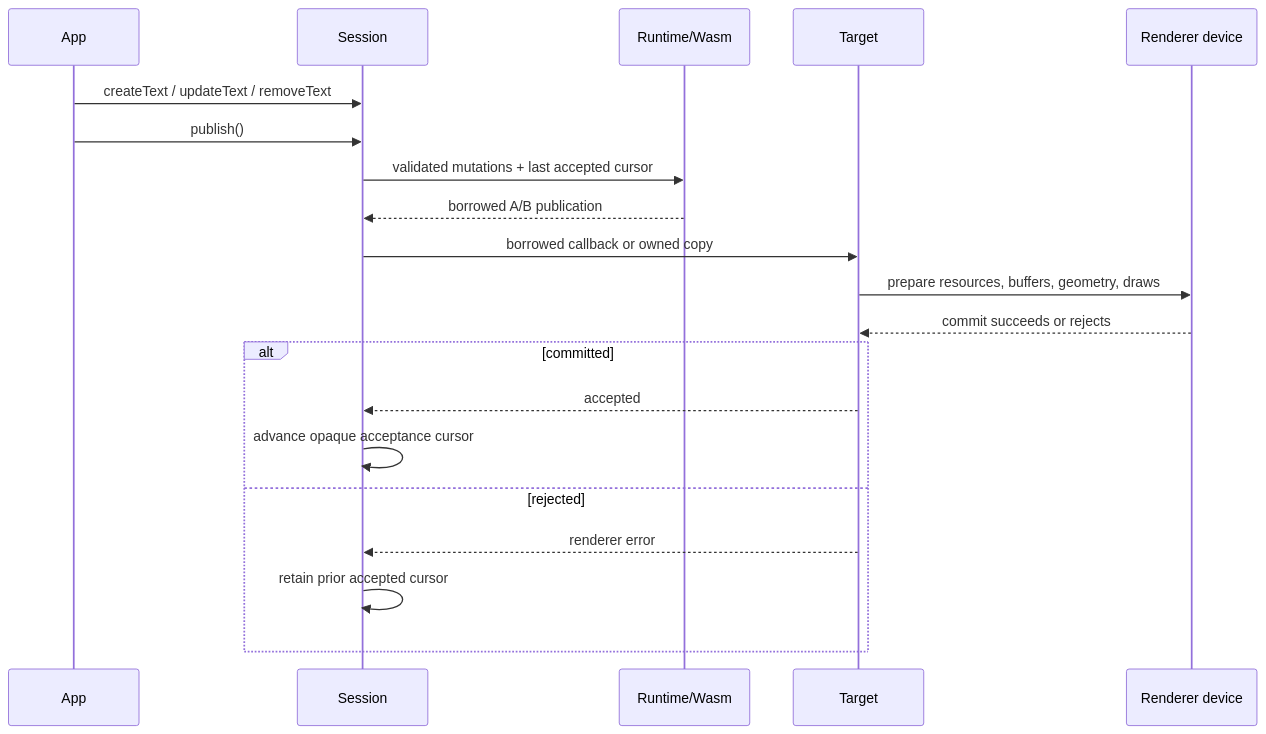
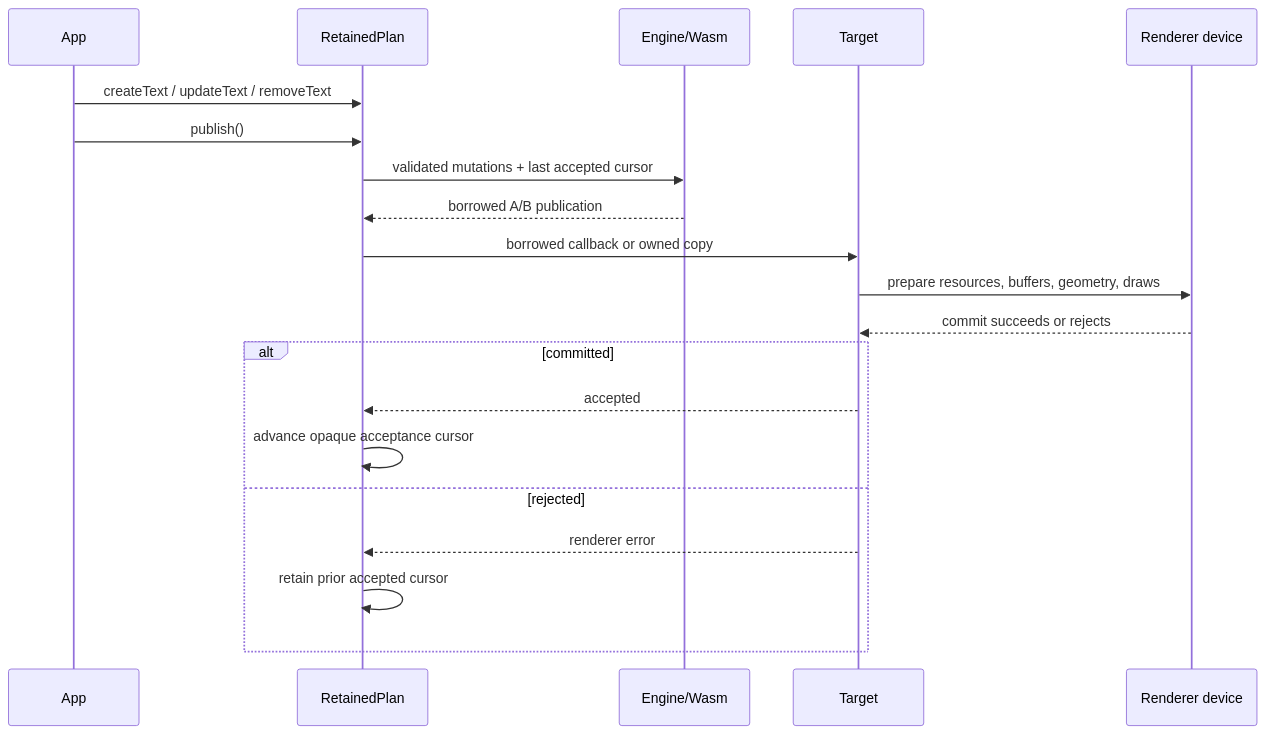
One commit to pmndrs/glyph changed the third of 9 diagrams in docs/planning/font-runtime-ownership.md. Above: the diagram before and after it, drawn with Mermaid. The commit also changed other lines of this file and 82 other files, not shown here.

````diff
--- a/docs/planning/font-runtime-ownership.md
+++ b/docs/planning/font-runtime-ownership.md
@@ -1005,23 +994,23 @@
 ```mermaid
 sequenceDiagram
   participant App
-  participant Session
-  participant Wasm as Runtime/Wasm
+  participant RetainedPlan
+  participant Wasm as Engine/Wasm
   participant Target
   participant Device as Renderer device
 
-  App->>Session: createText / updateText / removeText
-  App->>Session: publish()
-  Session->>Wasm: validated mutations + last accepted cursor
-  Wasm-->>Session: borrowed A/B publication
-  Session->>Target: borrowed callback or owned copy
+  App->>RetainedPlan: createText / updateText / removeText
+  App->>RetainedPlan: publish()
+  RetainedPlan->>Wasm: validated mutations + last accepted cursor
+  Wasm-->>RetainedPlan: borrowed A/B publication
+  RetainedPlan->>Target: borrowed callback or owned copy
   Target->>Device: prepare resources, buffers, geometry, draws
   Device-->>Target: commit succeeds or rejects
   alt committed
-    Target-->>Session: accepted
-    Session->>Session: advance opaque acceptance cursor
+    Target-->>RetainedPlan: accepted
+    RetainedPlan->>RetainedPlan: advance opaque acceptance cursor
   else rejected
-    Target-->>Session: renderer error
-    Session->>Session: retain prior accepted cursor
+    Target-->>RetainedPlan: renderer error
+    RetainedPlan->>RetainedPlan: retain prior accepted cursor
   end
 ```
````
